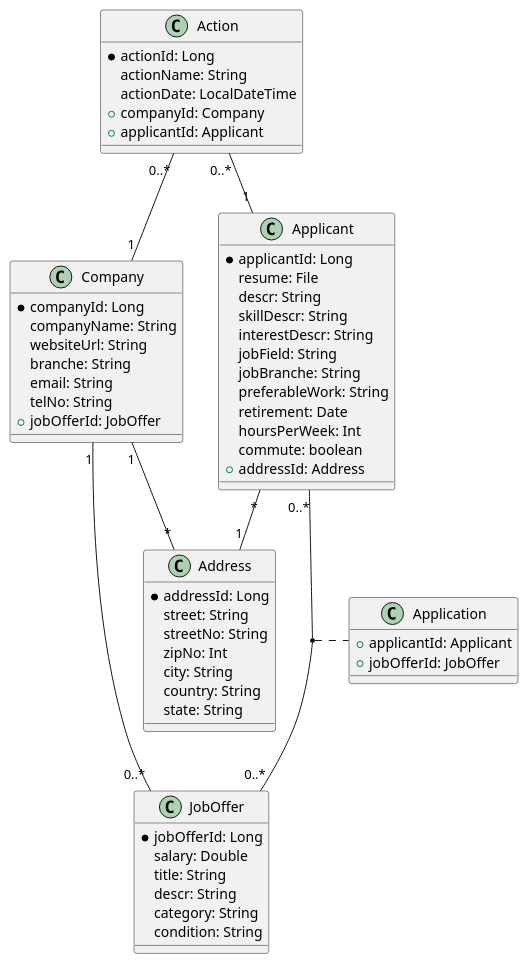
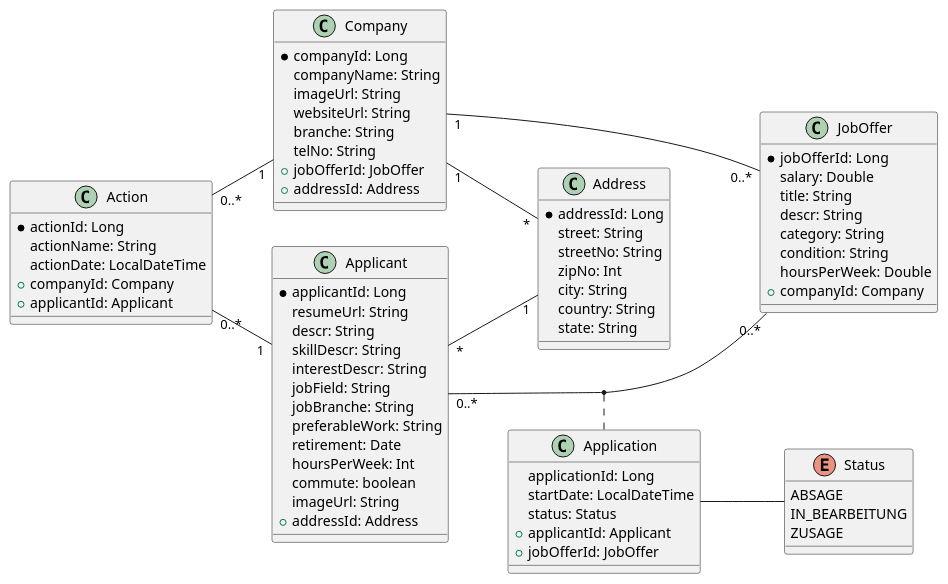
One commit to kalinkesilvio/da-job-vermittlung changed the diagram in asciidocs/vermittlung_datenmodell.puml. Above: the diagram before and after it, drawn with PlantUML. The commit also changed 2 other files, not shown here.

```diff
--- a/asciidocs/vermittlung_datenmodell.puml
+++ b/asciidocs/vermittlung_datenmodell.puml
@@ -1,111 +1,125 @@
 @startuml
 'https://plantuml.com/class-diagram
-
+left to right direction
 'class User {
 '    * userId: Long
 '    roleName: Enum
 '    + roleId: Long
 '    email: String
 '    password: String
 '}
 /'class ContactPerson {
     * id: Long
     title: Enum
     firstName: String
     lastName: String
 }'/
 class JobOffer {
     * jobOfferId: Long
     salary: Double
     title: String
     descr: String
     category: String
     condition: String
+    hoursPerWeek: Double
+    + companyId: Company
 '    + offerDetailsId: OfferDetails
 }
 'class OfferDetails {
 '    * offerDetailsId: Long
 '    salary: Double
 '    + addressId: Address
 '}
 class Company {
     * companyId: Long
     companyName: String
+    imageUrl: String
     websiteUrl: String
     branche: String
-    email: String
     telNo: String
     + jobOfferId: JobOffer
+    + addressId: Address
     '+ contactPersonId: ContactPerson
     '+ addressId: Address
 }
 class Address {
     * addressId: Long
     street: String
     streetNo: String
     zipNo: Int
     city: String
     country: String
     state: String
 }
 class Applicant {
     * applicantId: Long
-    resume: File
+    resumeUrl: String
     descr: String
     skillDescr: String
     interestDescr: String
     jobField: String
     jobBranche: String
     preferableWork: String
     retirement: Date
     hoursPerWeek: Int
     commute: boolean
+    imageUrl: String
     + addressId: Address
 }
 class Action {
     * actionId: Long
     actionName: String
     actionDate: LocalDateTime
     + companyId: Company
     + applicantId: Applicant
 }
 
 'note "If an applicant shows interest\n towards a company (e.g. bookmarks a specific one),\n an action will be created" as N1
 'class Admin {
 '    * adminId: Long
 '}
 
 'note "1. \nEin Unternehmen kann mehrere\n Job-Angebote erstellen (1,1 : 0,n)\n Ein Job-Angebot ist eine Komposition\n und kann ohne ein Unternehmen nicht existieren." as N1
 'note "2. \nEin Bewerber hat genau 1 Adresse (1,n : 1,1)\n Jede Adresse kann mehrere Bewerber haben. (z.B. Ehepaar im gleichen Haus)" as N2
 'note "3. \nEin Unternehmen kann eine Aktion auslösen (1,1 : 0,n)\n Dabei kann eine Aktion nicht ohne Unternehmen und Bewerber existieren\n (z.B. Unternehmen hat Interesse für eine Zusammenarbeit mit UserA)" as N3
 'note "4. \nEin Bewerber löst eine Aktion aus, muss aber nicht (1,1 : 0,n)\n (z.B. Bewerber markiert eine Firma die ihm interessiert)\n Eine Aktion kann ohne Unternehmen und Bewerber nicht existieren" as N4
 'note "5. \nBei Interesse an ein Job-Angebot vom Bewerber " as N6
 'User "*" -- "1" Company
 'User "*" -- "1" Senior
 'User "1" -- "1" Admin
 'JobOffer "1" -- "1" OfferDetails
 Company "1" -- "0..*" JobOffer
 'note left on link : siehe Notiz 1.
 'Company "1" -- "1" ContactPerson
 Applicant "*" -- "1" Address
 'note right on link : siehe Notiz 2.
 Company "1" -- "*" Address
 'note left on link : "Ein Unternehmen kann mehrere Adressen (=Standorte) haben (1,1 : n)"
 Company "1" -up- "0..*" Action
 'note left on link : siehe Notiz 3.
 Applicant "1" -up- "0..*" Action
 'note right on link : siehe Notiz 4.
 Applicant "0..*" -- "0..*" JobOffer
 (Applicant, JobOffer) .. Application
 'note right on link: siehe Notiz 5.
+Application -- Status
 
 class Application {
+    applicationId: Long
+    startDate: LocalDateTime
+    status: Status
     + applicantId: Applicant
     + jobOfferId: JobOffer
+}
+
+enum Status {
+    ABSAGE
+    IN_BEARBEITUNG
+    ZUSAGE
 }
 
 'OfferDetails "1" -left-- "1" Address
 'Action .right. N1
 
 
 @enduml
```
